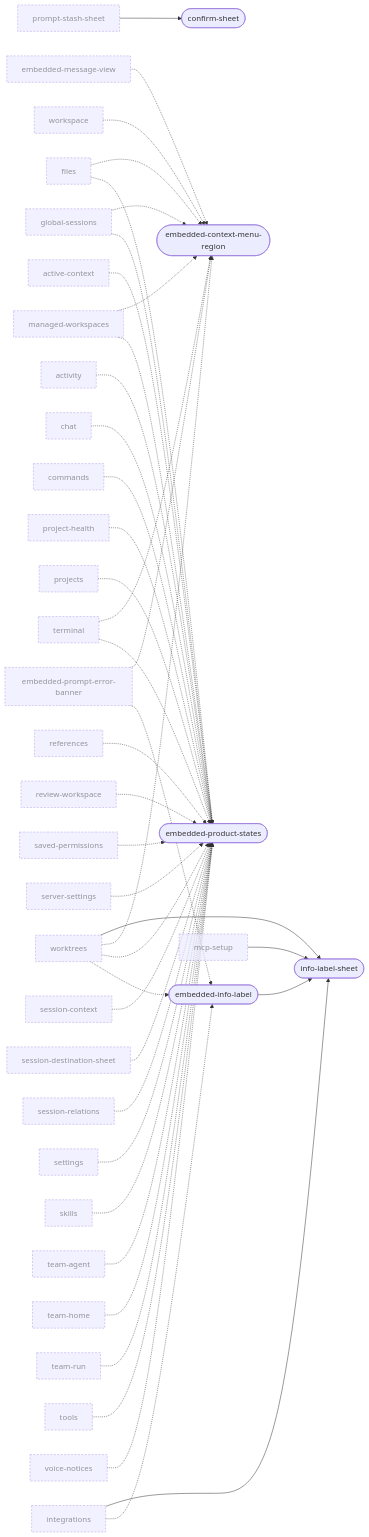
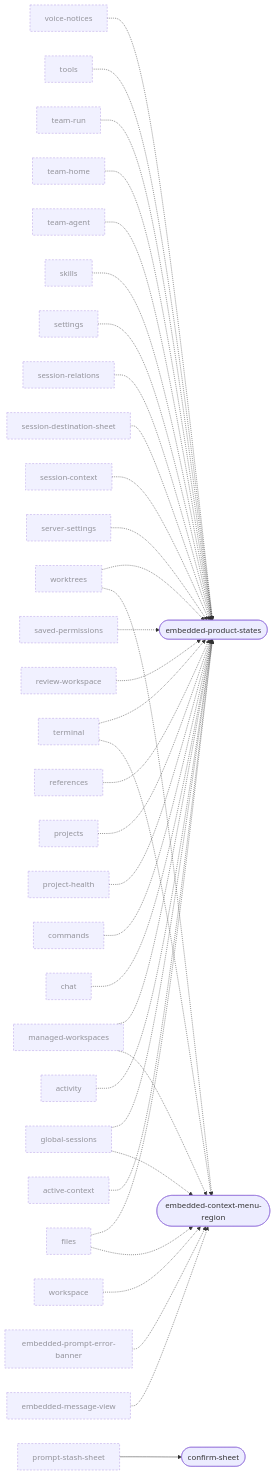
One commit to Breskott/opencode-mobile-next changed the tenth of 10 diagrams in docs/design/ui-ledger/navigation.md. Above: the diagram before and after it, drawn with Mermaid. The commit also changed other lines of this file and 88 other files, not shown here.

````diff
--- a/docs/design/ui-ledger/navigation.md
+++ b/docs/design/ui-ledger/navigation.md
@@ -1374,81 +1349,70 @@
 ```mermaid
 graph LR
   active_context["active-context"]:::ext
   activity["activity"]:::ext
   chat["chat"]:::ext
   commands["commands"]:::ext
   confirm_sheet(["confirm-sheet"])
   embedded_context_menu_region(["embedded-context-menu-region"])
-  embedded_info_label(["embedded-info-label"])
   embedded_message_view["embedded-message-view"]:::ext
   embedded_product_states(["embedded-product-states"])
   embedded_prompt_error_banner["embedded-prompt-error-banner"]:::ext
   files["files"]:::ext
   global_sessions["global-sessions"]:::ext
-  info_label_sheet(["info-label-sheet"])
-  integrations["integrations"]:::ext
   managed_workspaces["managed-workspaces"]:::ext
-  mcp_setup["mcp-setup"]:::ext
   project_health["project-health"]:::ext
   projects["projects"]:::ext
   prompt_stash_sheet["prompt-stash-sheet"]:::ext
   references["references"]:::ext
   review_workspace["review-workspace"]:::ext
   saved_permissions["saved-permissions"]:::ext
   server_settings["server-settings"]:::ext
   session_context["session-context"]:::ext
   session_destination_sheet["session-destination-sheet"]:::ext
   session_relations["session-relations"]:::ext
   settings["settings"]:::ext
   skills["skills"]:::ext
   team_agent["team-agent"]:::ext
   team_home["team-home"]:::ext
   team_run["team-run"]:::ext
   terminal["terminal"]:::ext
   tools["tools"]:::ext
   voice_notices["voice-notices"]:::ext
   workspace["workspace"]:::ext
   worktrees["worktrees"]:::ext
   prompt_stash_sheet --> confirm_sheet
-  worktrees --> info_label_sheet
-  integrations --> info_label_sheet
-  mcp_setup --> info_label_sheet
-  embedded_info_label --> info_label_sheet
   embedded_message_view -.-> embedded_context_menu_region
   embedded_prompt_error_banner -.-> embedded_context_menu_region
   files -.-> embedded_context_menu_region
   global_sessions -.-> embedded_context_menu_region
   managed_workspaces -.-> embedded_context_menu_region
   terminal -.-> embedded_context_menu_region
   workspace -.-> embedded_context_menu_region
   worktrees -.-> embedded_context_menu_region
   active_context -.-> embedded_product_states
   activity -.-> embedded_product_states
   chat -.-> embedded_product_states
   commands -.-> embedded_product_states
   files -.-> embedded_product_states
   global_sessions -.-> embedded_product_states
   managed_workspaces -.-> embedded_product_states
   project_health -.-> embedded_product_states
   projects -.-> embedded_product_states
   references -.-> embedded_product_states
   review_workspace -.-> embedded_product_states
   saved_permissions -.-> embedded_product_states
   server_settings -.-> embedded_product_states
   session_context -.-> embedded_product_states
   session_destination_sheet -.-> embedded_product_states
   session_relations -.-> embedded_product_states
   settings -.-> embedded_product_states
   skills -.-> embedded_product_states
   team_agent -.-> embedded_product_states
   team_home -.-> embedded_product_states
   team_run -.-> embedded_product_states
   terminal -.-> embedded_product_states
   tools -.-> embedded_product_states
   voice_notices -.-> embedded_product_states
   worktrees -.-> embedded_product_states
-  embedded_prompt_error_banner -.-> embedded_info_label
-  integrations -.-> embedded_info_label
-  worktrees -.-> embedded_info_label
   classDef ext stroke-dasharray: 4 3,opacity:0.7
 ```
````
